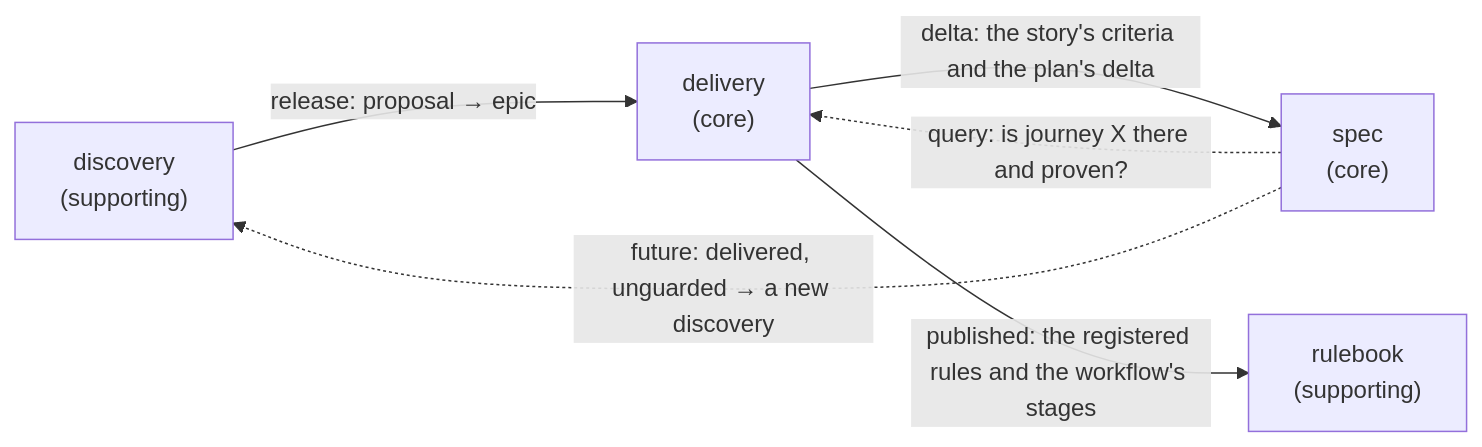
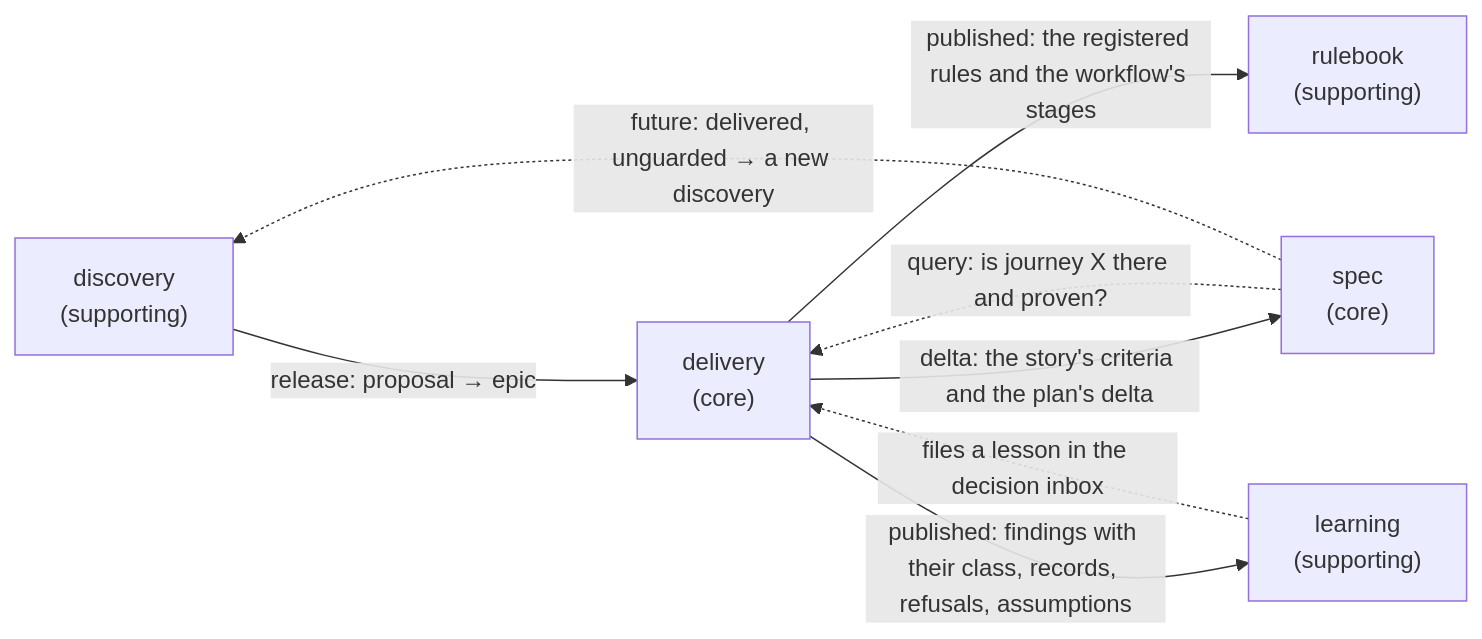
Before and after one commit to domain-centric-development/dca-marketplace: the diagram in plugins/dca-factory/docs/context-map.md, drawn with Mermaid. The commit also changed other lines of this file and 46 other files, not shown here.

````diff
--- a/plugins/dca-factory/docs/context-map.md
+++ b/plugins/dca-factory/docs/context-map.md
@@ -7,8 +7,10 @@
 ```mermaid
 flowchart LR
     discovery["discovery<br/>(supporting)"] -- "release: proposal → epic" --> delivery["delivery<br/>(core)"]
     delivery -- "delta: the story's criteria and the plan's delta" --> spec["spec<br/>(core)"]
     spec -. "query: is journey X there and proven?" .-> delivery
     spec -. "future: delivered, unguarded → a new discovery" .-> discovery
     delivery -- "published: the registered rules and the workflow's stages" --> rulebook["rulebook<br/>(supporting)"]
+    delivery -- "published: findings with their class, records, refusals, assumptions" --> learning["learning<br/>(supporting)"]
+    learning -. "files a lesson in the decision inbox" .-> delivery
 ```
````
